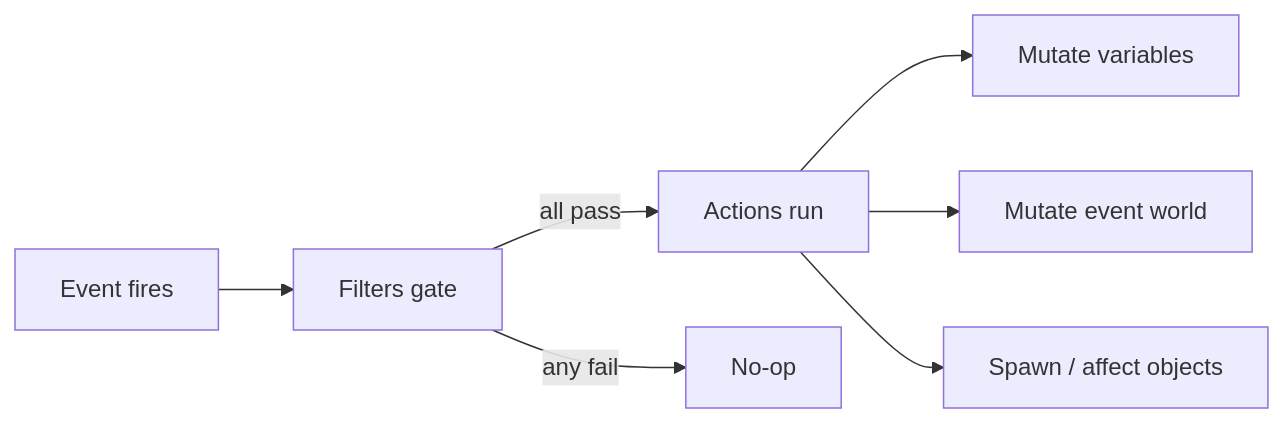
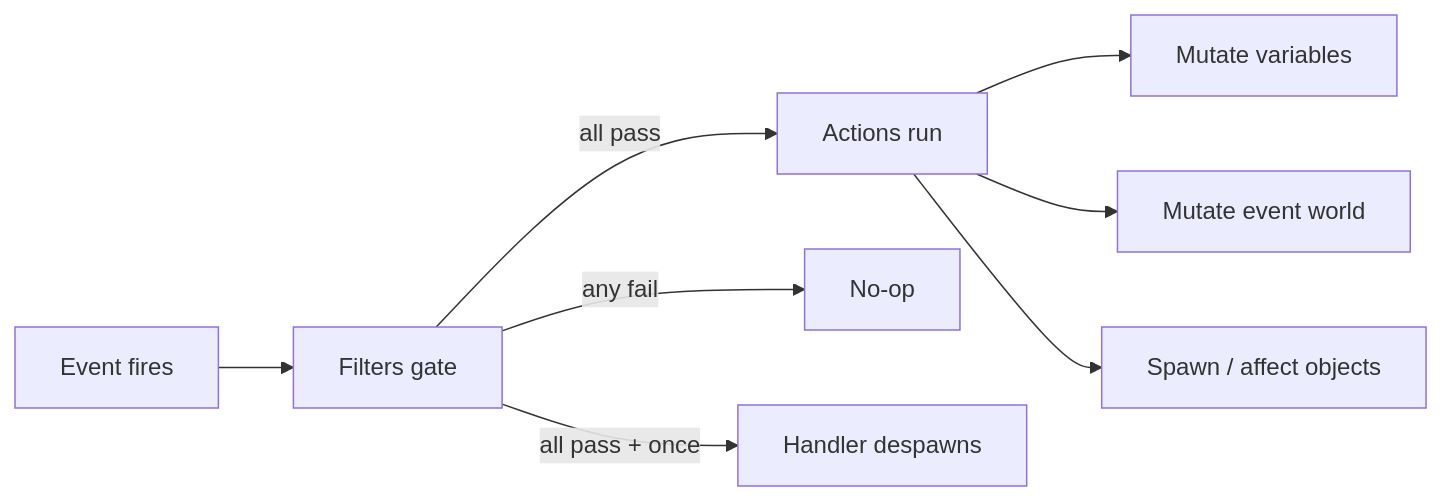
One commit to alexjercan/nova-protocol changed the diagram in docs/scenario-system.md. Above: the diagram before and after it, drawn with Mermaid. The commit also changed other lines of this file and 75 other files, not shown here.

````diff
--- a/docs/scenario-system.md
+++ b/docs/scenario-system.md
@@ -126,9 +130,10 @@
 ```mermaid
 flowchart LR
   Event["Event fires"] --> Filters["Filters gate"]
   Filters -->|all pass| Actions["Actions run"]
   Filters -->|any fail| Stop["No-op"]
   Actions --> Vars["Mutate variables"]
   Actions --> World["Mutate event world"]
   Actions --> Objects["Spawn / affect objects"]
+  Filters -->|"all pass + once"| Retire["Handler despawns"]
 ```
````
